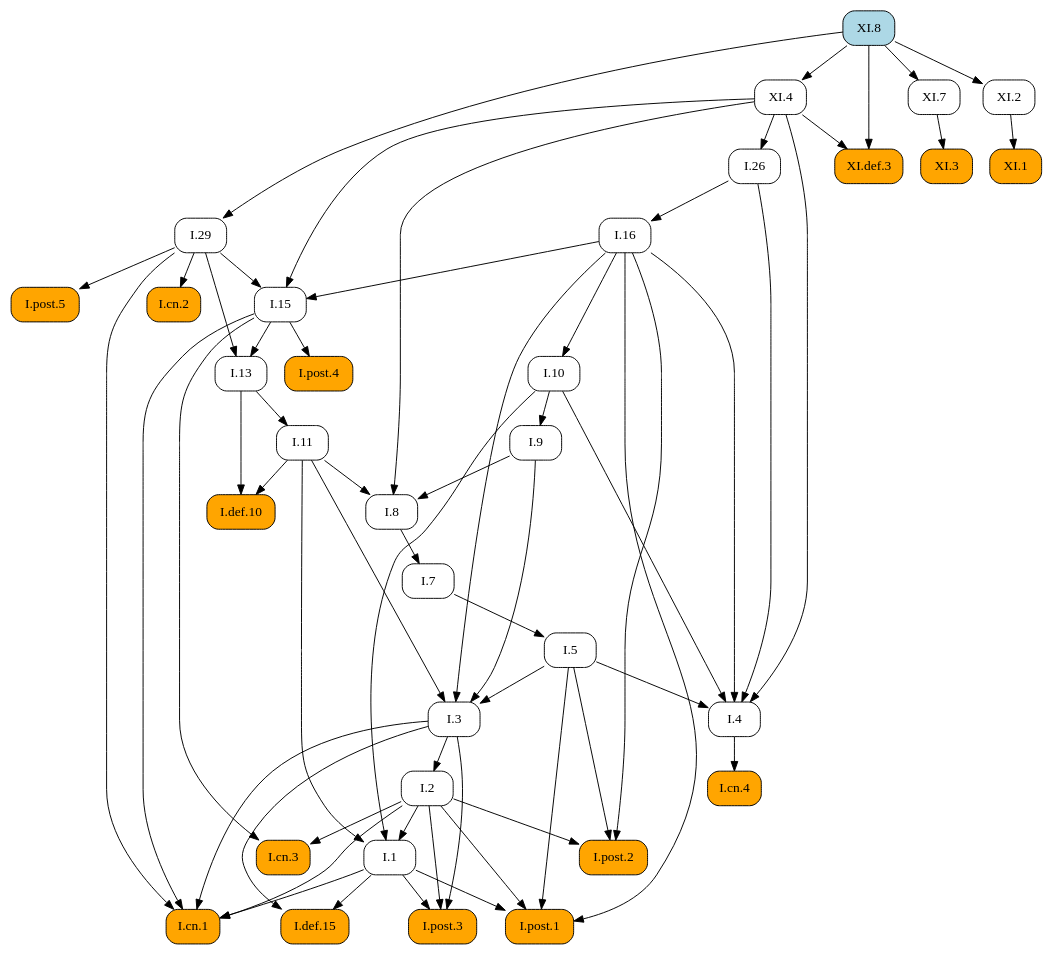
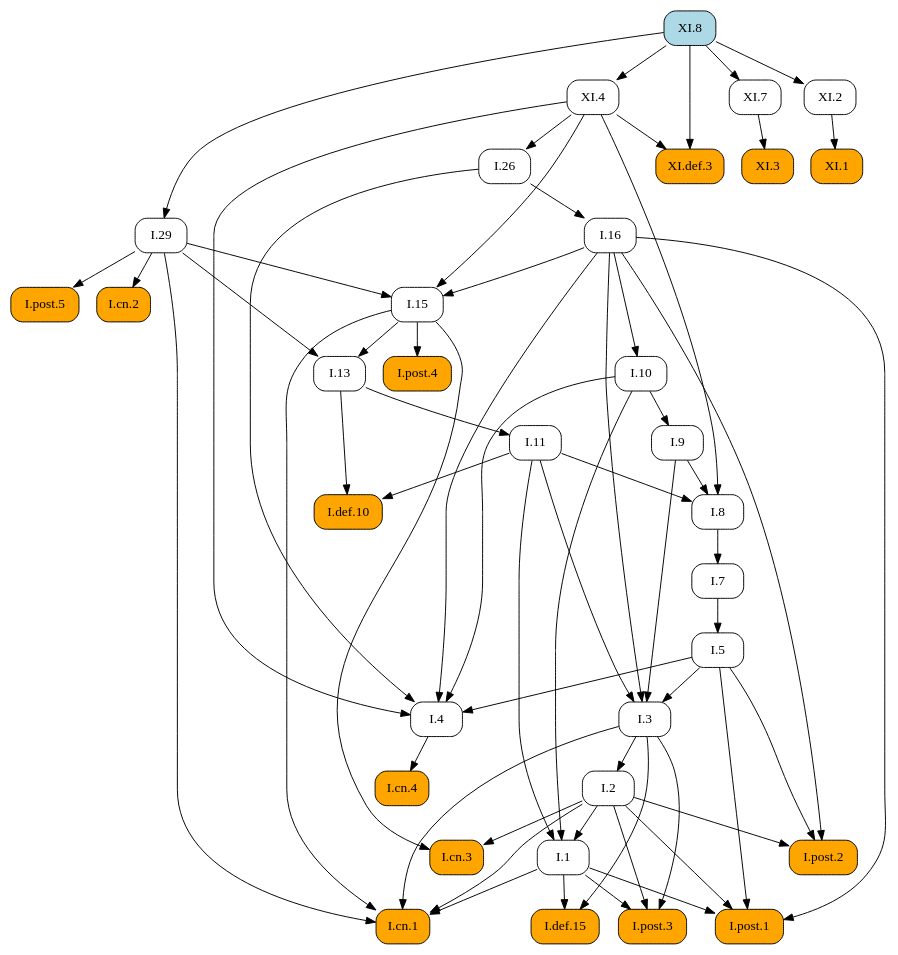
Before and after one commit to geometor/elements: the diagram in docsrc/heath/XI/8/index.rst, drawn with Graphviz. The commit also changed other lines of this file and 1029 other files, not shown here.

```diff
--- a/docsrc/heath/XI/8/index.rst
+++ b/docsrc/heath/XI/8/index.rst
@@ -59,98 +59,98 @@
    digraph {
      rankdir="TB";
      node [shape=box, style=rounded];
-     "I.cn.3" [style="rounded,filled", fillcolor=orange, URL="/heath/I/cn.3/", target="_top"];
-     "I.29" [URL="/heath/I/29/", target="_top"];
-     "I.7" [URL="/heath/I/7/", target="_top"];
-     "I.8" [URL="/heath/I/8/", target="_top"];
-     "I.9" [URL="/heath/I/9/", target="_top"];
-     "XI.4" [URL="/heath/XI/4/", target="_top"];
-     "I.post.4" [style="rounded,filled", fillcolor=orange, URL="/heath/I/post.4/", target="_top"];
-     "I.2" [URL="/heath/I/2/", target="_top"];
-     "I.def.15" [style="rounded,filled", fillcolor=orange, URL="/heath/I/def.15/", target="_top"];
-     "I.1" [URL="/heath/I/1/", target="_top"];
-     "I.post.1" [style="rounded,filled", fillcolor=orange, URL="/heath/I/post.1/", target="_top"];
-     "XI.1" [style="rounded,filled", fillcolor=orange, URL="/heath/XI/1/", target="_top"];
-     "I.cn.4" [style="rounded,filled", fillcolor=orange, URL="/heath/I/cn.4/", target="_top"];
-     "I.26" [URL="/heath/I/26/", target="_top"];
-     "I.13" [URL="/heath/I/13/", target="_top"];
-     "I.cn.2" [style="rounded,filled", fillcolor=orange, URL="/heath/I/cn.2/", target="_top"];
-     "I.5" [URL="/heath/I/5/", target="_top"];
-     "I.11" [URL="/heath/I/11/", target="_top"];
-     "I.10" [URL="/heath/I/10/", target="_top"];
-     "I.4" [URL="/heath/I/4/", target="_top"];
-     "I.3" [URL="/heath/I/3/", target="_top"];
-     "I.16" [URL="/heath/I/16/", target="_top"];
      "I.def.10" [style="rounded,filled", fillcolor=orange, URL="/heath/I/def.10/", target="_top"];
      "XI.def.3" [style="rounded,filled", fillcolor=orange, URL="/heath/XI/def.3/", target="_top"];
+     "I.11" [URL="/heath/I/11/", target="_top"];
+     "I.post.4" [style="rounded,filled", fillcolor=orange, URL="/heath/I/post.4/", target="_top"];
+     "I.1" [URL="/heath/I/1/", target="_top"];
+     "I.26" [URL="/heath/I/26/", target="_top"];
+     "XI.7" [URL="/heath/XI/7/", target="_top"];
+     "I.29" [URL="/heath/I/29/", target="_top"];
+     "I.cn.2" [style="rounded,filled", fillcolor=orange, URL="/heath/I/cn.2/", target="_top"];
+     "XI.8" [style="rounded,filled", fillcolor=lightblue, URL="/heath/XI/8/", target="_top"];
+     "I.def.15" [style="rounded,filled", fillcolor=orange, URL="/heath/I/def.15/", target="_top"];
+     "I.post.3" [style="rounded,filled", fillcolor=orange, URL="/heath/I/post.3/", target="_top"];
+     "XI.1" [style="rounded,filled", fillcolor=orange, URL="/heath/XI/1/", target="_top"];
+     "I.cn.1" [style="rounded,filled", fillcolor=orange, URL="/heath/I/cn.1/", target="_top"];
+     "I.cn.3" [style="rounded,filled", fillcolor=orange, URL="/heath/I/cn.3/", target="_top"];
+     "XI.2" [URL="/heath/XI/2/", target="_top"];
+     "I.post.1" [style="rounded,filled", fillcolor=orange, URL="/heath/I/post.1/", target="_top"];
+     "I.7" [URL="/heath/I/7/", target="_top"];
+     "I.3" [URL="/heath/I/3/", target="_top"];
+     "I.2" [URL="/heath/I/2/", target="_top"];
+     "I.4" [URL="/heath/I/4/", target="_top"];
+     "I.13" [URL="/heath/I/13/", target="_top"];
      "I.post.2" [style="rounded,filled", fillcolor=orange, URL="/heath/I/post.2/", target="_top"];
-     "I.post.3" [style="rounded,filled", fillcolor=orange, URL="/heath/I/post.3/", target="_top"];
+     "I.16" [URL="/heath/I/16/", target="_top"];
+     "I.9" [URL="/heath/I/9/", target="_top"];
+     "I.8" [URL="/heath/I/8/", target="_top"];
+     "I.cn.4" [style="rounded,filled", fillcolor=orange, URL="/heath/I/cn.4/", target="_top"];
+     "I.15" [URL="/heath/I/15/", target="_top"];
+     "XI.4" [URL="/heath/XI/4/", target="_top"];
      "I.post.5" [style="rounded,filled", fillcolor=orange, URL="/heath/I/post.5/", target="_top"];
+     "I.10" [URL="/heath/I/10/", target="_top"];
+     "I.5" [URL="/heath/I/5/", target="_top"];
      "XI.3" [style="rounded,filled", fillcolor=orange, URL="/heath/XI/3/", target="_top"];
-     "XI.7" [URL="/heath/XI/7/", target="_top"];
-     "I.15" [URL="/heath/I/15/", target="_top"];
-     "I.cn.1" [style="rounded,filled", fillcolor=orange, URL="/heath/I/cn.1/", target="_top"];
-     "XI.2" [URL="/heath/XI/2/", target="_top"];
-     "XI.8" [style="rounded,filled", fillcolor=lightblue, URL="/heath/XI/8/", target="_top"];
-     "I.2" -> "I.cn.3";
-     "I.15" -> "I.cn.3";
-     "XI.8" -> "I.29";
-     "I.8" -> "I.7";
-     "I.9" -> "I.8";
-     "I.11" -> "I.8";
-     "XI.4" -> "I.8";
-     "I.10" -> "I.9";
-     "XI.8" -> "XI.4";
+     "I.11" -> "I.def.10";
+     "I.13" -> "I.def.10";
+     "XI.4" -> "XI.def.3";
+     "XI.8" -> "XI.def.3";
+     "I.13" -> "I.11";
      "I.15" -> "I.post.4";
-     "I.3" -> "I.2";
-     "I.1" -> "I.def.15";
-     "I.3" -> "I.def.15";
      "I.2" -> "I.1";
      "I.10" -> "I.1";
      "I.11" -> "I.1";
+     "XI.4" -> "I.26";
+     "XI.8" -> "XI.7";
+     "XI.8" -> "I.29";
+     "I.29" -> "I.cn.2";
+     "I.1" -> "I.def.15";
+     "I.3" -> "I.def.15";
+     "I.1" -> "I.post.3";
+     "I.2" -> "I.post.3";
+     "I.3" -> "I.post.3";
+     "XI.2" -> "XI.1";
+     "I.1" -> "I.cn.1";
+     "I.2" -> "I.cn.1";
+     "I.3" -> "I.cn.1";
+     "I.15" -> "I.cn.1";
+     "I.29" -> "I.cn.1";
+     "I.2" -> "I.cn.3";
+     "I.15" -> "I.cn.3";
+     "XI.8" -> "XI.2";
      "I.1" -> "I.post.1";
      "I.2" -> "I.post.1";
      "I.5" -> "I.post.1";
      "I.16" -> "I.post.1";
-     "XI.2" -> "XI.1";
-     "I.4" -> "I.cn.4";
-     "XI.4" -> "I.26";
-     "I.15" -> "I.13";
-     "I.29" -> "I.13";
-     "I.29" -> "I.cn.2";
-     "I.7" -> "I.5";
-     "I.13" -> "I.11";
-     "I.16" -> "I.10";
+     "I.8" -> "I.7";
+     "I.5" -> "I.3";
+     "I.9" -> "I.3";
+     "I.11" -> "I.3";
+     "I.16" -> "I.3";
+     "I.3" -> "I.2";
      "I.5" -> "I.4";
      "I.10" -> "I.4";
      "I.16" -> "I.4";
      "I.26" -> "I.4";
      "XI.4" -> "I.4";
-     "I.5" -> "I.3";
-     "I.9" -> "I.3";
-     "I.11" -> "I.3";
-     "I.16" -> "I.3";
-     "I.26" -> "I.16";
-     "I.11" -> "I.def.10";
-     "I.13" -> "I.def.10";
-     "XI.4" -> "XI.def.3";
-     "XI.8" -> "XI.def.3";
+     "I.15" -> "I.13";
+     "I.29" -> "I.13";
      "I.2" -> "I.post.2";
      "I.5" -> "I.post.2";
      "I.16" -> "I.post.2";
-     "I.1" -> "I.post.3";
-     "I.2" -> "I.post.3";
-     "I.3" -> "I.post.3";
-     "I.29" -> "I.post.5";
-     "XI.7" -> "XI.3";
-     "XI.8" -> "XI.7";
+     "I.26" -> "I.16";
+     "I.10" -> "I.9";
+     "I.9" -> "I.8";
+     "I.11" -> "I.8";
+     "XI.4" -> "I.8";
+     "I.4" -> "I.cn.4";
      "I.16" -> "I.15";
      "I.29" -> "I.15";
      "XI.4" -> "I.15";
-     "I.1" -> "I.cn.1";
-     "I.2" -> "I.cn.1";
-     "I.3" -> "I.cn.1";
-     "I.15" -> "I.cn.1";
-     "I.29" -> "I.cn.1";
-     "XI.8" -> "XI.2";
+     "XI.8" -> "XI.4";
+     "I.29" -> "I.post.5";
+     "I.16" -> "I.10";
+     "I.7" -> "I.5";
+     "XI.7" -> "XI.3";
    }
```
